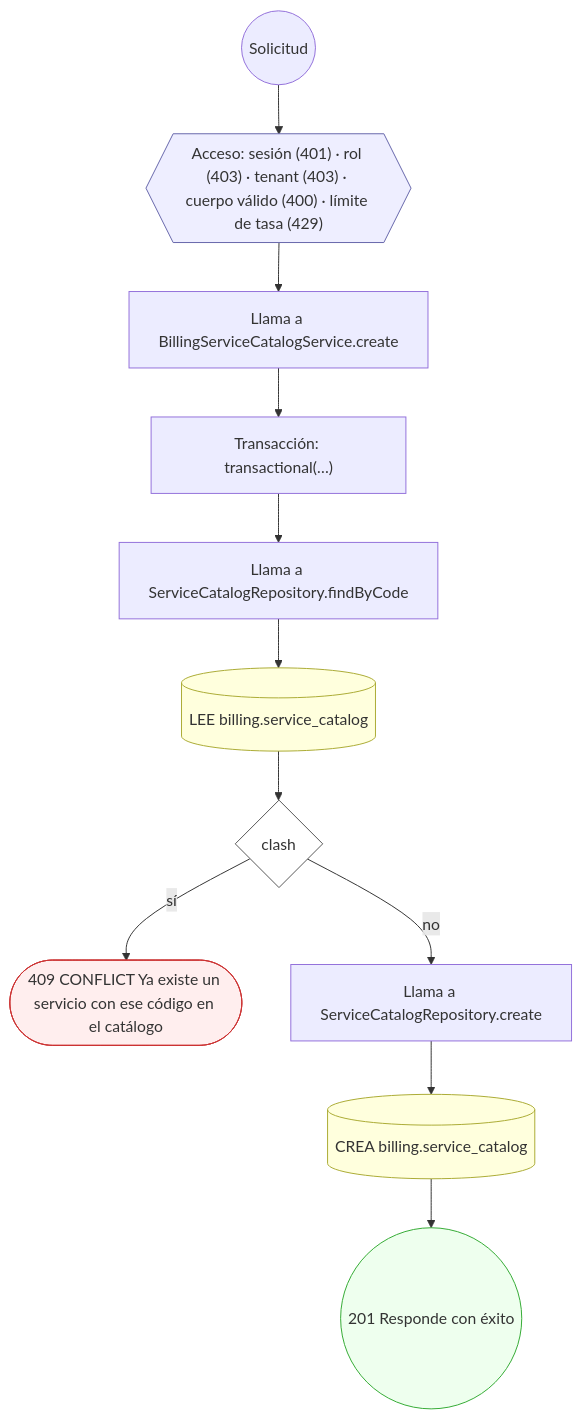
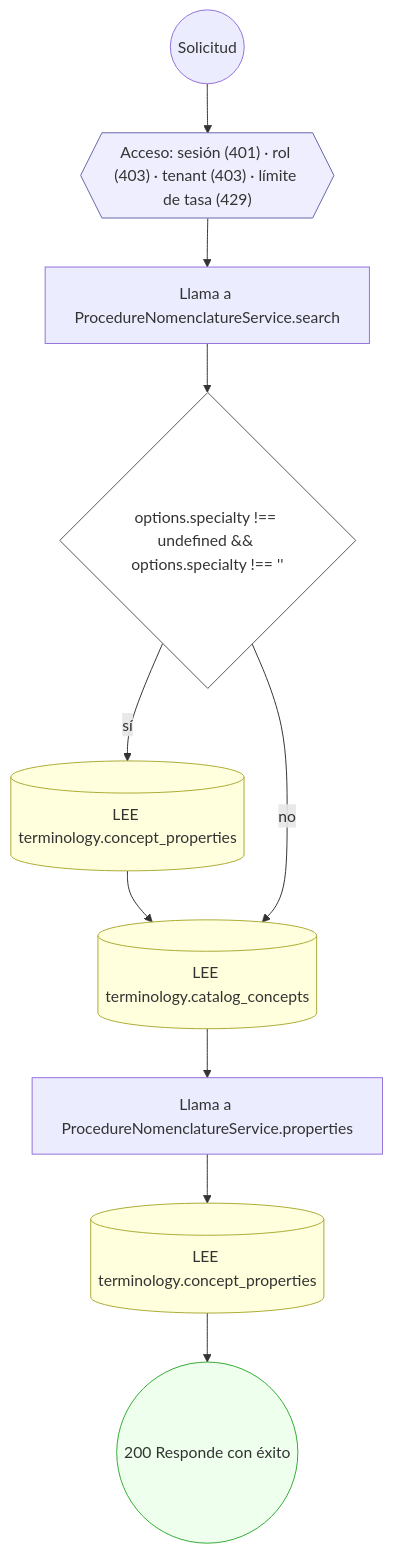
Before and after one commit to mdavila-2001/mantra-core-health-api: diagram 21 of 34 in docs/inventario/flujos/billing.md, drawn with Mermaid. The commit also changed other lines of this file and 451 other files, not shown here.

First line of the commit message:
chore(data_catalog): contrato OpenAPI, inventario y pruebas al día con el diseño del #660

````diff
--- a/docs/inventario/flujos/billing.md
+++ b/docs/inventario/flujos/billing.md
@@ -1044,30 +1530,27 @@
 ```mermaid
 flowchart TD
   n1(("Solicitud")):::inicio
-  n2{{"Acceso: sesión (401) · rol (403) · tenant (403) · cuerpo válido (400) · límite de tasa (429)"}}:::acceso
+  n2{{"Acceso: sesión (401) · rol (403) · tenant (403) · límite de tasa (429)"}}:::acceso
   n1 --> n2
-  n3["Llama a BillingServiceCatalogService.create"]:::llamada
+  n3["Llama a ProcedureNomenclatureService.search"]:::llamada
   n2 --> n3
-  n4["Transacción: transactional(…)"]:::transaccion
+  n4{"options.specialty !== undefined && options.specialty !== ''"}:::decision
   n3 --> n4
-  n5["Llama a ServiceCatalogRepository.findByCode"]:::llamada
-  n4 --> n5
-  n6[("LEE billing.service_catalog")]:::efecto
+  n5[("LEE terminology.concept_properties")]:::efecto
+  n4 -->|"sí"| n5
+  n6[("LEE terminology.catalog_concepts")]:::efecto
   n5 --> n6
-  n7{"clash"}:::decision
+  n4 -->|"no"| n6
+  n7["Llama a ProcedureNomenclatureService.properties"]:::llamada
   n6 --> n7
-  n8(["409 CONFLICT Ya existe un servicio con ese código en el catálogo"]):::error
-  n7 -->|"sí"| n8
-  n9["Llama a ServiceCatalogRepository.create"]:::llamada
-  n7 -->|"no"| n9
-  n10[("CREA billing.service_catalog")]:::efecto
-  n9 --> n10
-  n11(("201 Responde con éxito")):::ok
-  n10 --> n11
+  n8[("LEE terminology.concept_properties")]:::efecto
+  n7 --> n8
+  n9(("200 Responde con éxito")):::ok
+  n8 --> n9
   classDef acceso fill:#eef,stroke:#66a
   classDef error fill:#fee,stroke:#c33
   classDef ok fill:#efe,stroke:#3a3
   classDef efecto fill:#ffd,stroke:#aa3
   classDef decision fill:#fff,stroke:#555
   classDef corte fill:#eee,stroke:#999,stroke-dasharray: 4
 ```
````
